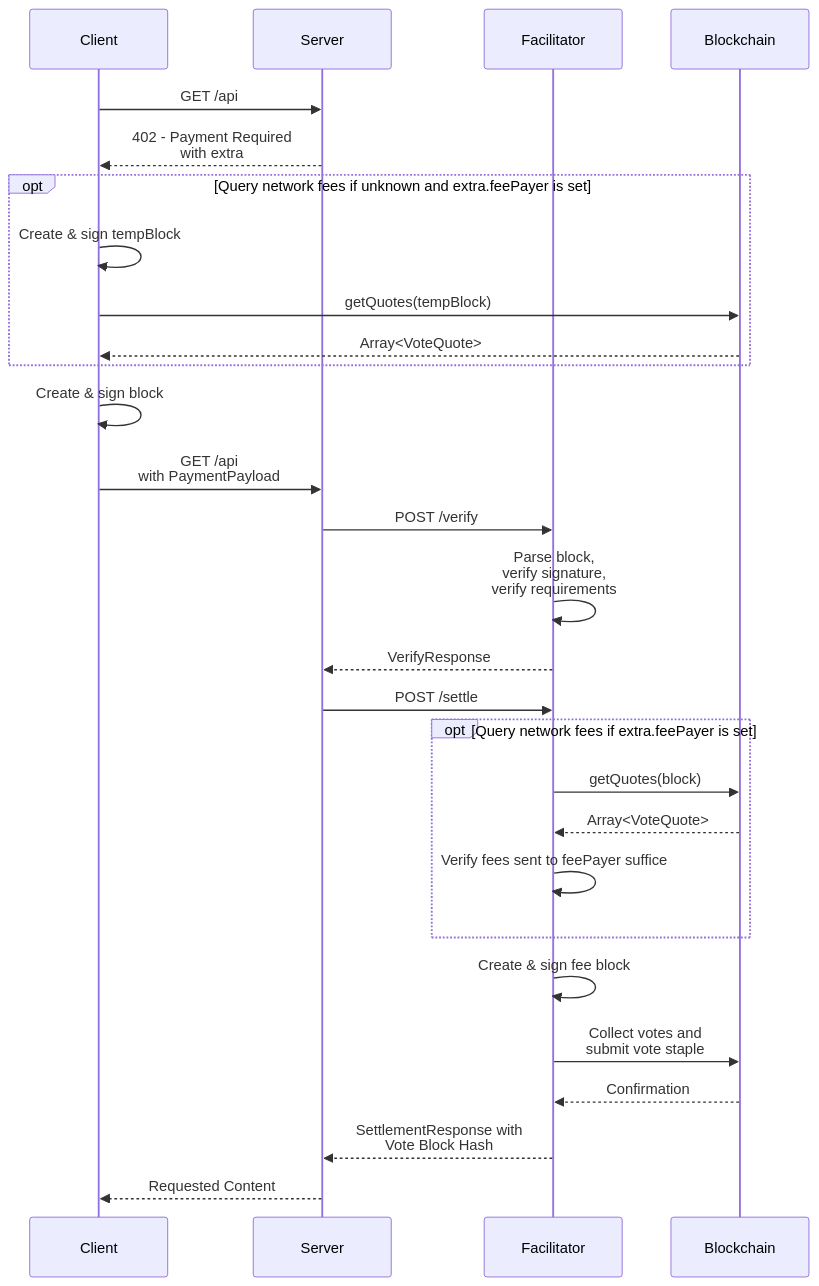
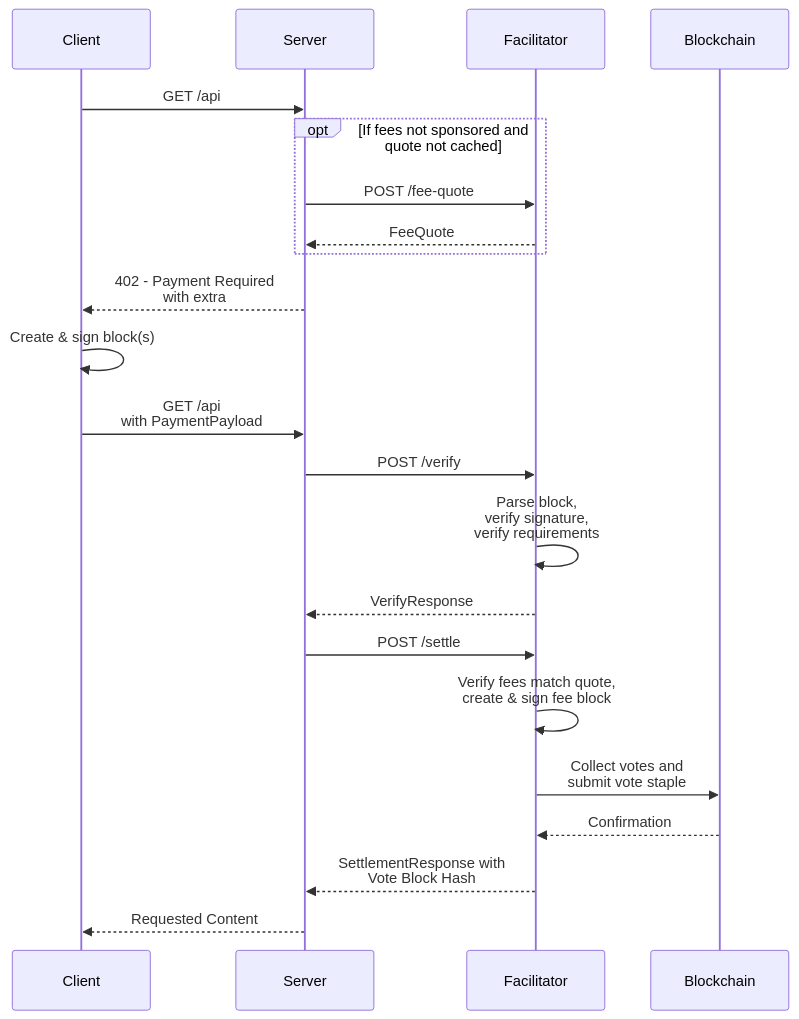
Before and after one commit to sc4l3r/coinbase-x402: the diagram in specs/schemes/exact/scheme_exact_keeta.md, drawn with Mermaid. The commit also changed other lines of this file, not shown here.

Commit message:
feat(keeta): add fee-quote endpoint and allow for additional operations

````diff
--- a/specs/schemes/exact/scheme_exact_keeta.md
+++ b/specs/schemes/exact/scheme_exact_keeta.md
@@ -13,31 +13,25 @@
 ```mermaid
 sequenceDiagram
     participant Client;
     participant Server;
     participant Facilitator;
     participant Blockchain;
 
     Client->>Server: GET /api
+    opt If fees not sponsored and quote not cached
+        Server->>Facilitator: POST /fee-quote
+        Facilitator-->>Server: FeeQuote
+    end
     Server-->>Client: 402 - Payment Required<br>with extra
-    opt Query network fees if unknown and extra.feePayer is set
-        Client->>Client: Create & sign tempBlock
-        Client->>Blockchain: getQuotes(tempBlock)
-        Blockchain-->>Client: Array<VoteQuote>
-    end
-    Client->>Client: Create & sign block
+    Client->>Client: Create & sign block(s)
     Client->>Server: GET /api <br>with PaymentPayload
     Server->>Facilitator: POST /verify
     Facilitator->>Facilitator: Parse block,<br>verify signature,<br>verify requirements
     Facilitator-->>Server: VerifyResponse
     Server->>Facilitator: POST /settle
-    opt Query network fees if extra.feePayer is set
-        Facilitator->>Blockchain: getQuotes(block)
-        Blockchain-->>Facilitator: Array<VoteQuote>
-        Facilitator->>Facilitator: Verify fees sent to feePayer suffice
-    end
-    Facilitator->>Facilitator: Create & sign fee block
+    Facilitator->>Facilitator: Verify fees match quote,<br>create & sign fee block
     Facilitator->>Blockchain: Collect votes and<br>submit vote staple
     Blockchain-->>Facilitator: Confirmation
     Facilitator-->>Server: SettlementResponse with<br>Vote Block Hash
     Server-->>Client: Requested Content
 ```
````
